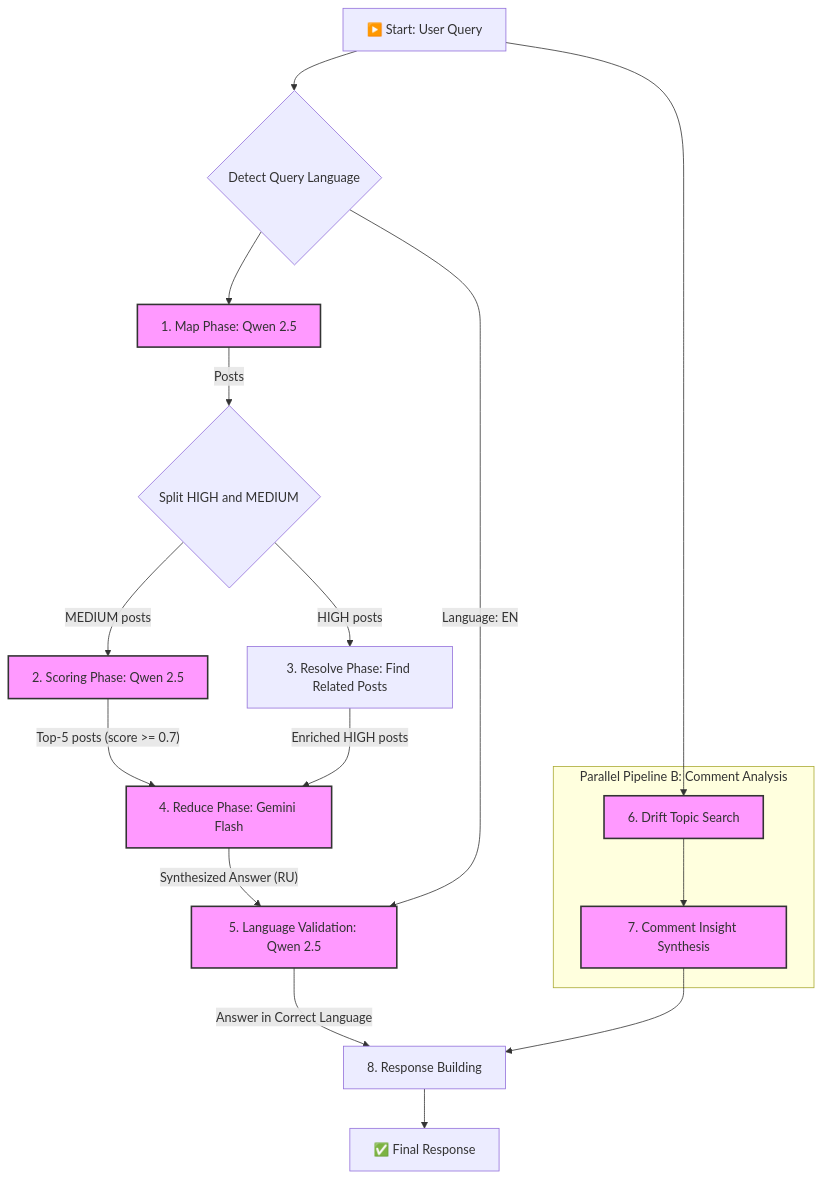
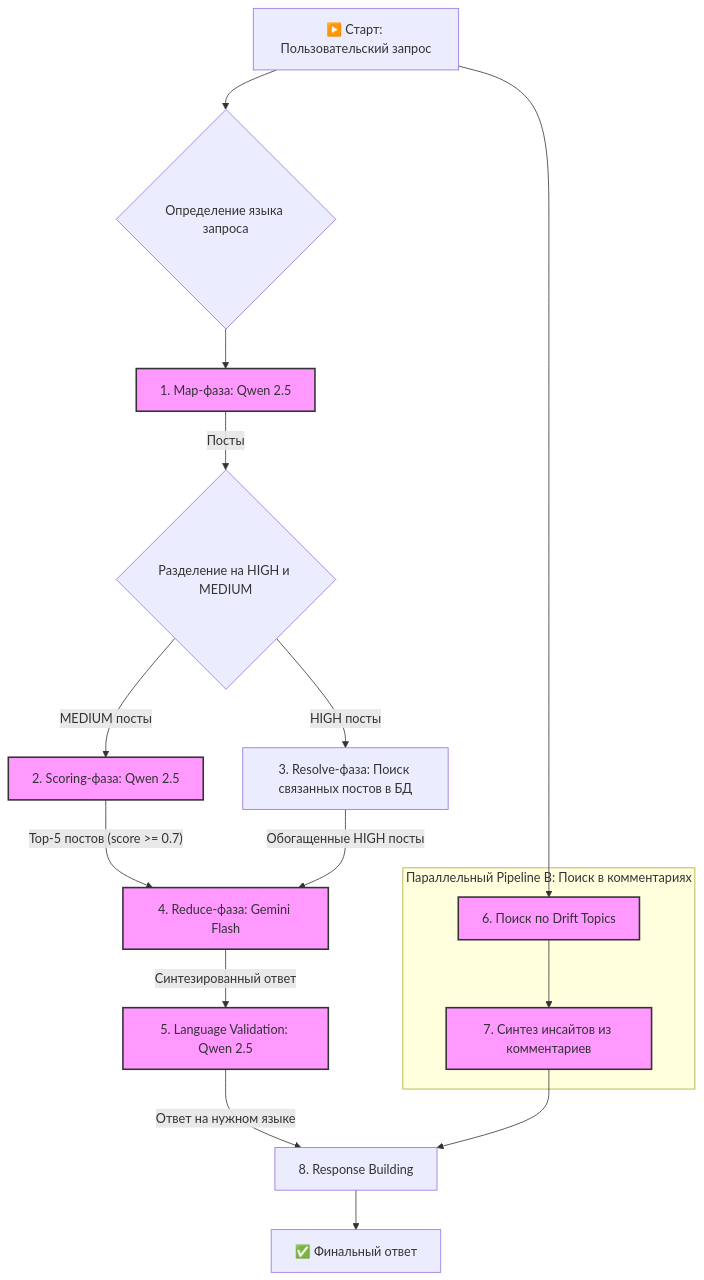
Before and after one commit to shao3d/Experts_panel: the second of 5 diagrams in README.md, drawn with Mermaid. The commit also changed other lines of this file and 52 other files, not shown here.

First line of the commit message:
feat: Professional README with 5 Mermaid diagrams and comprehensive documentation

````diff
--- a/README.md
+++ b/README.md
@@ -47,25 +45,24 @@
 ```mermaid
 graph TD
-    A[▶️ Start: User Query] --> B{Detect Query Language};
-    B --> C[1. Map Phase: Qwen 2.5];
-    C -- "Posts" --> D{Split HIGH and MEDIUM};
-    D -- "HIGH posts" --> E[3. Resolve Phase: Find Related Posts];
-    D -- "MEDIUM posts" --> F[2. Scoring Phase: Qwen 2.5];
-    F -- "Top-5 posts (score >= 0.7)" --> G[4. Reduce Phase: Gemini Flash];
-    E -- "Enriched HIGH posts" --> G;
-    G -- "Synthesized Answer (RU)" --> H[5. Language Validation: Qwen 2.5];
-    B -- "Language: EN" --> H;
-    H -- "Answer in Correct Language" --> I{Assemble Final Response};
+    A[▶️ Старт: Пользовательский запрос] --> B{Определение языка запроса};
+    B --> C[1. Map-фаза: Qwen 2.5];
+    C -- "Посты" --> D{Разделение на HIGH и MEDIUM};
+    D -- "HIGH посты" --> E[3. Resolve-фаза: Поиск связанных постов в БД];
+    D -- "MEDIUM посты" --> F[2. Scoring-фаза: Qwen 2.5];
+    F -- "Top-5 постов (score >= 0.7)" --> G[4. Reduce-фаза: Gemini Flash];
+    E -- "Обогащенные HIGH посты" --> G;
+    G -- "Синтезированный ответ" --> H[5. Language Validation: Qwen 2.5];
+    H -- "Ответ на нужном языке" --> I{Сборка финального ответа};
 
-    subgraph "Parallel Pipeline B: Comment Analysis"
-        J[6. Drift Topic Search] --> K[7. Comment Insight Synthesis];
+    subgraph "Параллельный Pipeline B: Поиск в комментариях"
+        J[6. Поиск по Drift Topics] --> K[7. Синтез инсайтов из комментариев];
     end
 
     A --> J;
     K --> I[8. Response Building];
 
-    I --> L[✅ Final Response];
+    I --> L[✅ Финальный ответ];
 
     classDef llm_step fill:#f9f,stroke:#333,stroke-width:2px;
     class C,F,G,H,J,K llm_step;
 ```
````
